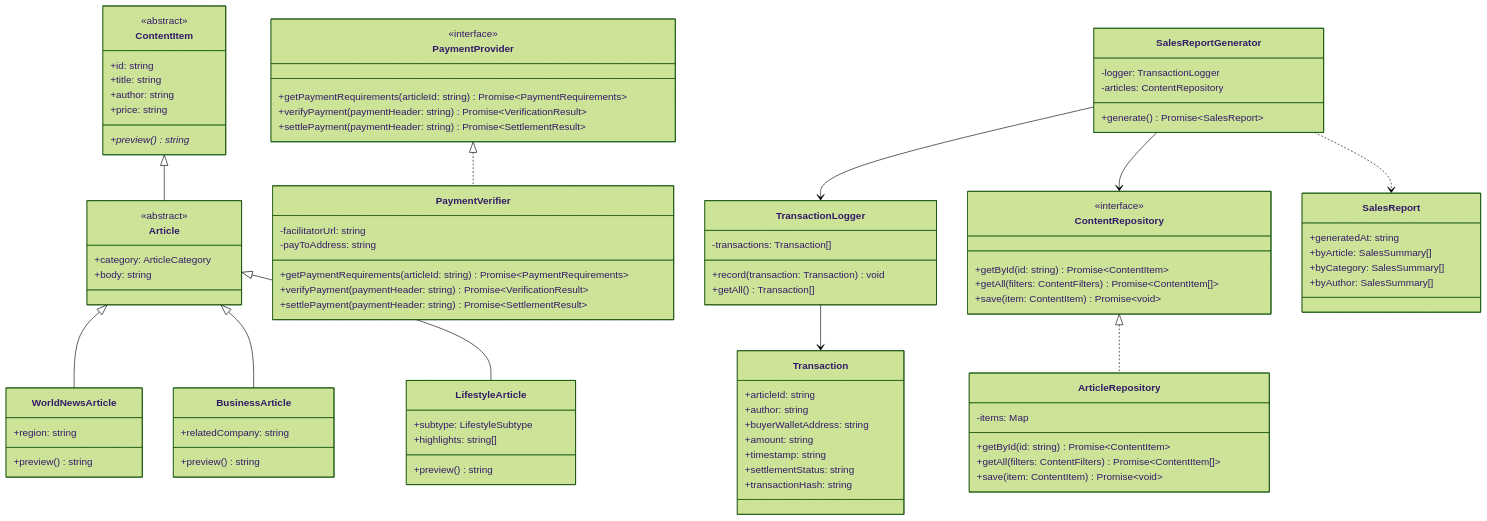
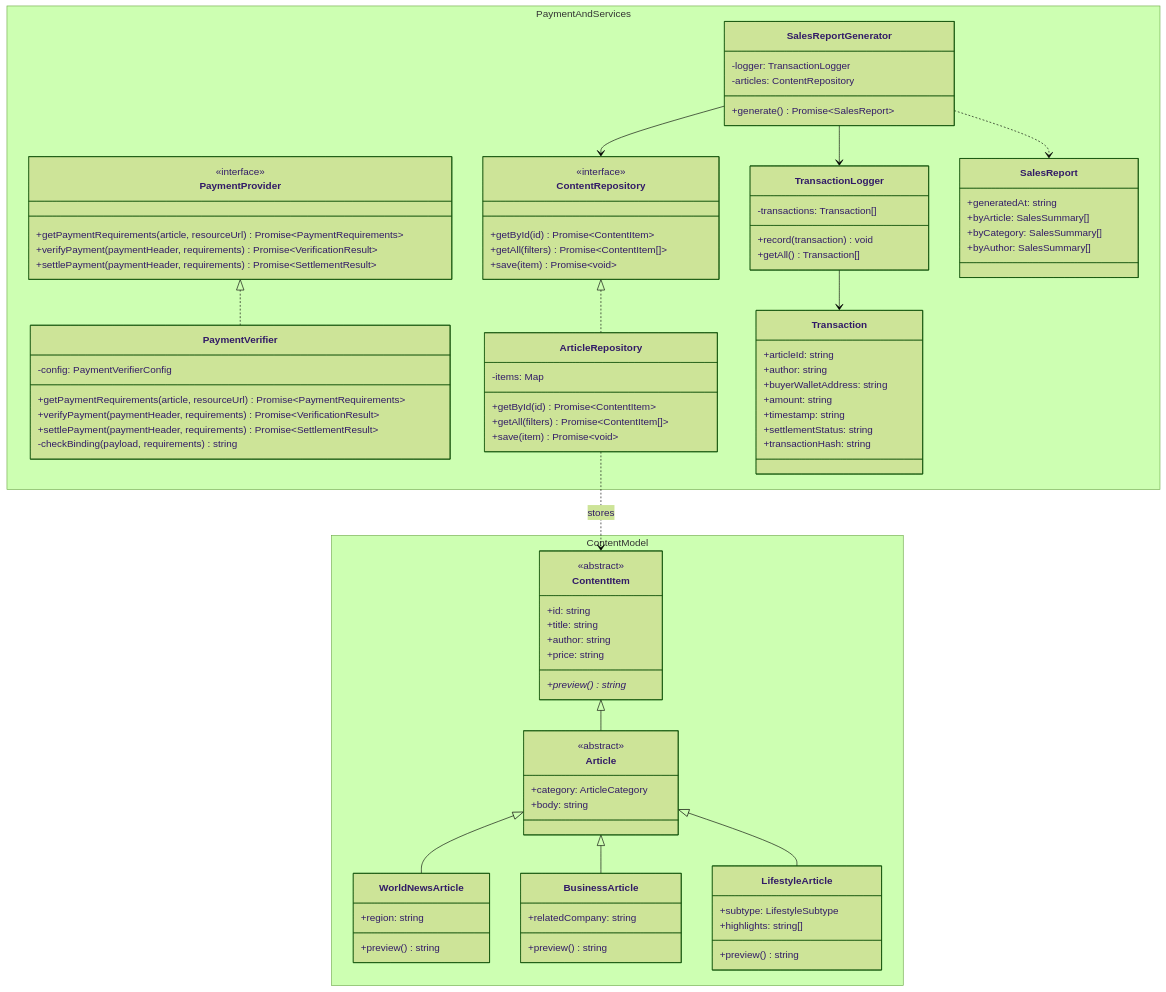
Before and after one commit to KaylaDefi/pay-per-article-gateway: the diagram in docs/class-diagram.mmd, drawn with Mermaid (forest theme). The commit also changed 1 other file, not shown here.

Commit message:
updated diagram files

```diff
--- a/docs/class-diagram.mmd
+++ b/docs/class-diagram.mmd
@@ -1,102 +1,96 @@
 classDiagram
-    class ContentItem {
-        <<abstract>>
-        +id: string
-        +title: string
-        +author: string
-        +price: string
-        +preview()* string
+    namespace ContentModel {
+        class ContentItem {
+            <<abstract>>
+            +id: string
+            +title: string
+            +author: string
+            +price: string
+            +preview()* string
+        }
+        class Article {
+            <<abstract>>
+            +category: ArticleCategory
+            +body: string
+        }
+        class WorldNewsArticle {
+            +region: string
+            +preview() string
+        }
+        class BusinessArticle {
+            +relatedCompany: string
+            +preview() string
+        }
+        class LifestyleArticle {
+            +subtype: LifestyleSubtype
+            +highlights: string[]
+            +preview() string
+        }
     }
 
-    class Article {
-        <<abstract>>
-        +category: ArticleCategory
-        +body: string
-    }
-
-    class WorldNewsArticle {
-        +region: string
-        +preview() string
-    }
-
-    class BusinessArticle {
-        +relatedCompany: string
-        +preview() string
-    }
-
-    class LifestyleArticle {
-        +subtype: LifestyleSubtype
-        +highlights: string[]
-        +preview() string
-    }
-
-    class PaymentProvider {
-        <<interface>>
-        +getPaymentRequirements(articleId: string) Promise~PaymentRequirements~
-        +verifyPayment(paymentHeader: string) Promise~VerificationResult~
-        +settlePayment(paymentHeader: string) Promise~SettlementResult~
-    }
-
-    class ContentRepository {
-        <<interface>>
-        +getById(id: string) Promise~ContentItem~
-        +getAll(filters: ContentFilters) Promise~ContentItem[]~
-        +save(item: ContentItem) Promise~void~
-    }
-
-    class PaymentVerifier {
-        -facilitatorUrl: string
-        -payToAddress: string
-        +getPaymentRequirements(articleId: string) Promise~PaymentRequirements~
-        +verifyPayment(paymentHeader: string) Promise~VerificationResult~
-        +settlePayment(paymentHeader: string) Promise~SettlementResult~
-    }
-
-    class ArticleRepository {
-        -items: Map
-        +getById(id: string) Promise~ContentItem~
-        +getAll(filters: ContentFilters) Promise~ContentItem[]~
-        +save(item: ContentItem) Promise~void~
-    }
-
-    class TransactionLogger {
-        -transactions: Transaction[]
-        +record(transaction: Transaction) void
-        +getAll() Transaction[]
-    }
-
-    class SalesReportGenerator {
-        -logger: TransactionLogger
-        -articles: ContentRepository
-        +generate() Promise~SalesReport~
-    }
-
-    class Transaction {
-        +articleId: string
-        +author: string
-        +buyerWalletAddress: string
-        +amount: string
-        +timestamp: string
-        +settlementStatus: string
-        +transactionHash: string
-    }
-
-    class SalesReport {
-        +generatedAt: string
-        +byArticle: SalesSummary[]
-        +byCategory: SalesSummary[]
-        +byAuthor: SalesSummary[]
+    namespace PaymentAndServices {
+        class PaymentProvider {
+            <<interface>>
+            +getPaymentRequirements(article, resourceUrl) Promise~PaymentRequirements~
+            +verifyPayment(paymentHeader, requirements) Promise~VerificationResult~
+            +settlePayment(paymentHeader, requirements) Promise~SettlementResult~
+        }
+        class ContentRepository {
+            <<interface>>
+            +getById(id) Promise~ContentItem~
+            +getAll(filters) Promise~ContentItem[]~
+            +save(item) Promise~void~
+        }
+        class PaymentVerifier {
+            -config: PaymentVerifierConfig
+            +getPaymentRequirements(article, resourceUrl) Promise~PaymentRequirements~
+            +verifyPayment(paymentHeader, requirements) Promise~VerificationResult~
+            +settlePayment(paymentHeader, requirements) Promise~SettlementResult~
+            -checkBinding(payload, requirements) string
+        }
+        class ArticleRepository {
+            -items: Map
+            +getById(id) Promise~ContentItem~
+            +getAll(filters) Promise~ContentItem[]~
+            +save(item) Promise~void~
+        }
+        class TransactionLogger {
+            -transactions: Transaction[]
+            +record(transaction) void
+            +getAll() Transaction[]
+        }
+        class SalesReportGenerator {
+            -logger: TransactionLogger
+            -articles: ContentRepository
+            +generate() Promise~SalesReport~
+        }
+        class Transaction {
+            +articleId: string
+            +author: string
+            +buyerWalletAddress: string
+            +amount: string
+            +timestamp: string
+            +settlementStatus: string
+            +transactionHash: string
+        }
+        class SalesReport {
+            +generatedAt: string
+            +byArticle: SalesSummary[]
+            +byCategory: SalesSummary[]
+            +byAuthor: SalesSummary[]
+        }
     }
 
     ContentItem <|-- Article
     Article <|-- WorldNewsArticle
     Article <|-- BusinessArticle
     Article <|-- LifestyleArticle
 
     PaymentProvider <|.. PaymentVerifier
     ContentRepository <|.. ArticleRepository
 
+    ArticleRepository ..> ContentItem : stores
     SalesReportGenerator --> TransactionLogger
     SalesReportGenerator --> ContentRepository
     SalesReportGenerator ..> SalesReport
     TransactionLogger --> Transaction
```
